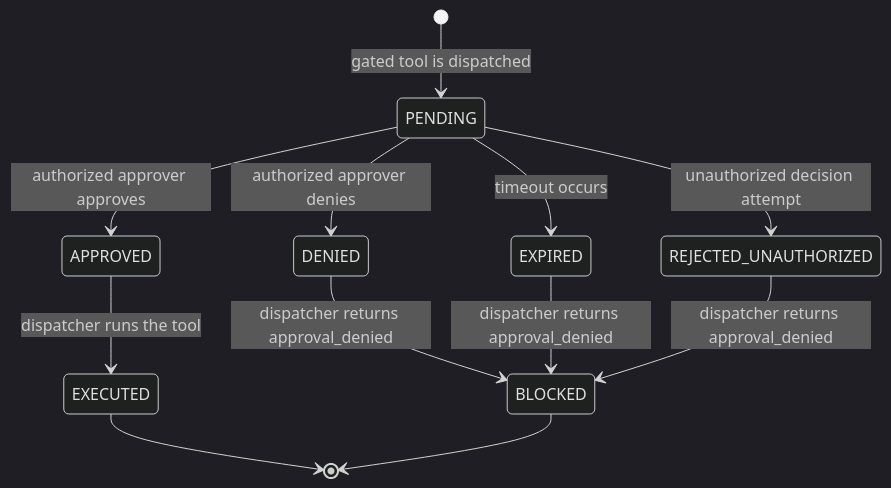
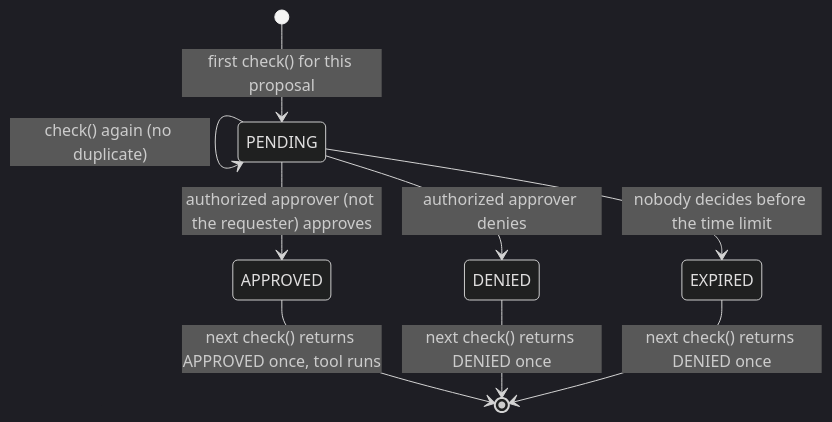
One commit to SelinaMasembe/Software-engineering-QA-agent changed the second of 2 diagrams in docs/requirements/week4/member5-approval-gate-explained.md. Above: the diagram before and after it, drawn with Mermaid (dark theme). The commit also changed other lines of this file and 35 other files, not shown here.

````diff
--- a/docs/requirements/week4/member5-approval-gate-explained.md
+++ b/docs/requirements/week4/member5-approval-gate-explained.md
@@ -41,14 +45,11 @@
 ```mermaid
 stateDiagram-v2
-    [*] --> PENDING: gated tool is dispatched
-    PENDING --> APPROVED: authorized approver approves
+    [*] --> PENDING: first check() for this proposal
+    PENDING --> PENDING: check() again (no duplicate)
+    PENDING --> APPROVED: authorized approver (not the requester) approves
     PENDING --> DENIED: authorized approver denies
-    PENDING --> EXPIRED: timeout occurs
-    PENDING --> REJECTED_UNAUTHORIZED: unauthorized decision attempt
-    APPROVED --> EXECUTED: dispatcher runs the tool
-    DENIED --> BLOCKED: dispatcher returns approval_denied
-    EXPIRED --> BLOCKED: dispatcher returns approval_denied
-    REJECTED_UNAUTHORIZED --> BLOCKED: dispatcher returns approval_denied
-    EXECUTED --> [*]
-    BLOCKED --> [*]
+    PENDING --> EXPIRED: nobody decides before the time limit
+    APPROVED --> [*]: next check() returns APPROVED once, tool runs
+    DENIED --> [*]: next check() returns DENIED once
+    EXPIRED --> [*]: next check() returns DENIED once
 ```
````
